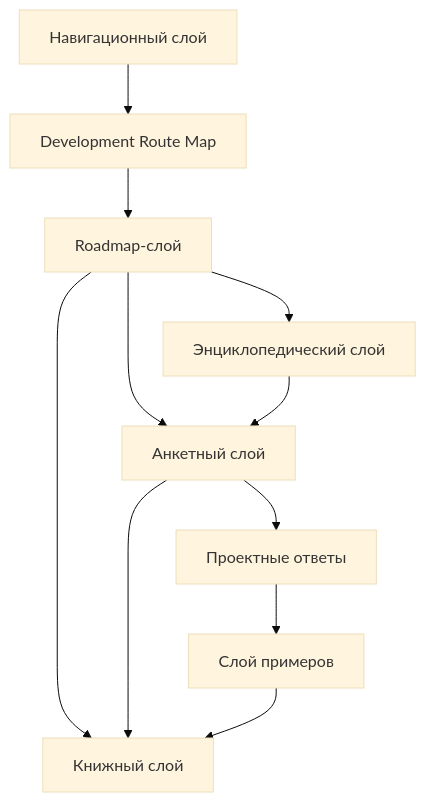
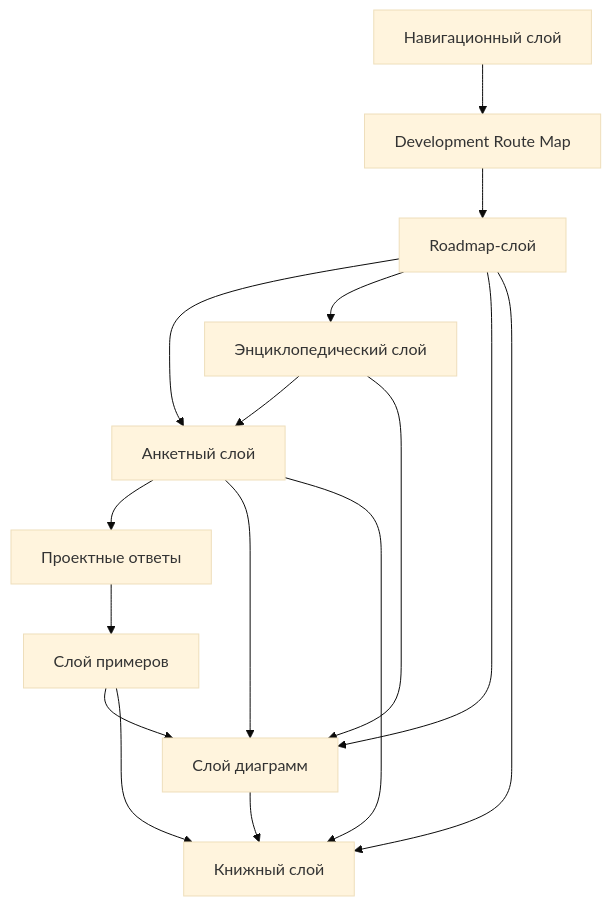
Before and after one commit to Mvil34998/Programming-Digital-Systems: the second of 2 diagrams in docs/00_maps/Knowledge_Layer_Map.md, drawn with Mermaid (base theme). The commit also changed other lines of this file, not shown here.

Commit message:
Update knowledge layer map with roadmap diagram files

````diff
--- a/docs/00_maps/Knowledge_Layer_Map.md
+++ b/docs/00_maps/Knowledge_Layer_Map.md
@@ -285,13 +331,18 @@
 ```mermaid
 flowchart TD
     A[Навигационный слой] --> B[Development Route Map]
     B --> C[Roadmap-слой]
     C --> D[Анкетный слой]
     D --> E[Проектные ответы]
     E --> F[Слой примеров]
     C --> G[Энциклопедический слой]
     G --> D
-    C --> H[Книжный слой]
+    C --> H[Слой диаграмм]
     D --> H
+    G --> H
     F --> H
+    H --> I[Книжный слой]
+    C --> I
+    D --> I
+    F --> I
 ```
````
